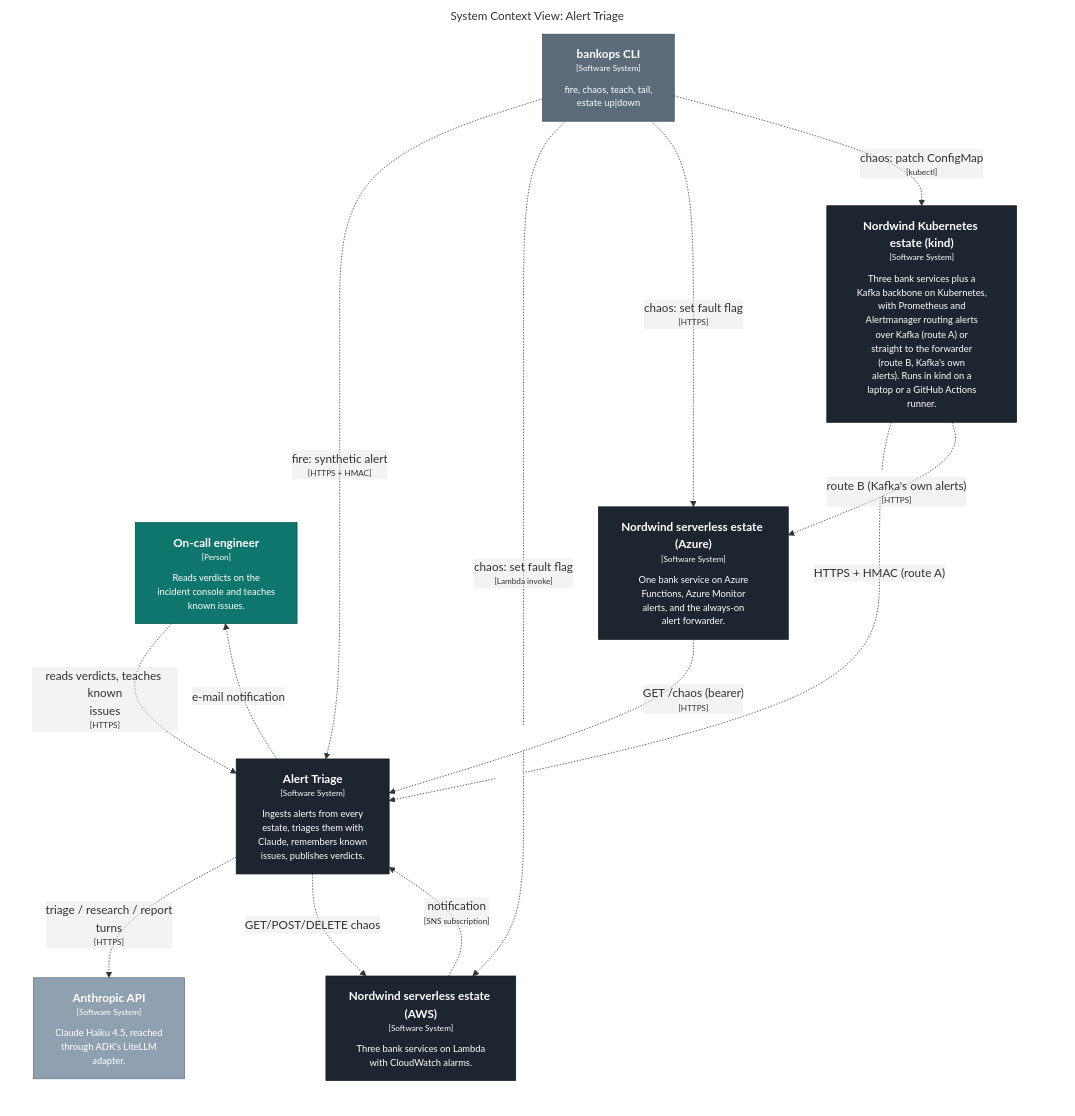
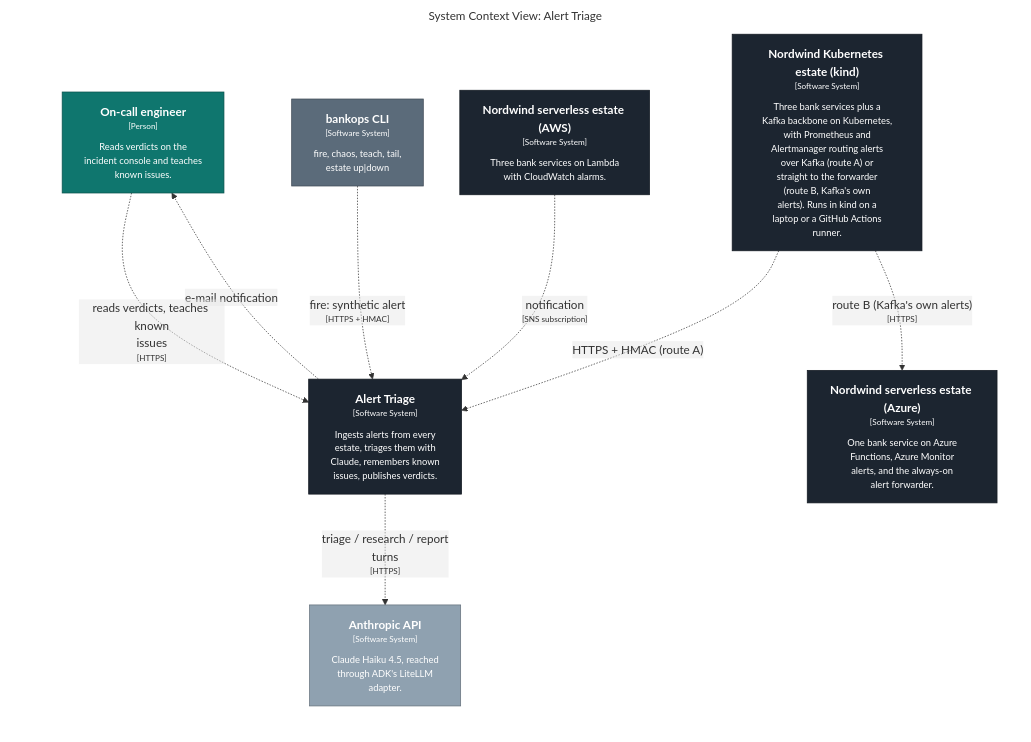
One commit to KucherenkoSerhiy/oncall-triage changed the diagram in docs/c4/generated/structurizr-context.mmd. Above: the diagram before and after it, drawn with Mermaid. The commit also changed 3 other files, not shown here.

```diff
--- a/docs/c4/generated/structurizr-context.mmd
+++ b/docs/c4/generated/structurizr-context.mmd
@@ -1,35 +1,30 @@
 graph LR
   linkStyle default fill:#ffffff
 
   subgraph diagram ["System Context View: Alert Triage"]
     style diagram fill:#ffffff,stroke:#ffffff
 
     1["<div style='font-weight: bold'>On-call engineer</div><div style='font-size: 70%; margin-top: 0px'>[Person]</div><div style='font-size: 80%; margin-top:10px'>Reads verdicts on the<br />incident console and teaches<br />known issues.</div>"]
     style 1 fill:#0f766e,stroke:#0a524d,color:#ffffff
     25["<div style='font-weight: bold'>Nordwind serverless estate (AWS)</div><div style='font-size: 70%; margin-top: 0px'>[Software System]</div><div style='font-size: 80%; margin-top:10px'>Three bank services on Lambda<br />with CloudWatch alarms.</div>"]
     style 25 fill:#1c2530,stroke:#131921,color:#ffffff
     3["<div style='font-weight: bold'>Anthropic API</div><div style='font-size: 70%; margin-top: 0px'>[Software System]</div><div style='font-size: 80%; margin-top:10px'>Claude Haiku 4.5, reached<br />through ADK's LiteLLM<br />adapter.</div>"]
     style 3 fill:#8fa1b0,stroke:#64707b,color:#ffffff
     32["<div style='font-weight: bold'>Nordwind serverless estate (Azure)</div><div style='font-size: 70%; margin-top: 0px'>[Software System]</div><div style='font-size: 80%; margin-top:10px'>One bank service on Azure<br />Functions, Azure Monitor<br />alerts, and the always-on<br />alert forwarder.</div>"]
     style 32 fill:#1c2530,stroke:#131921,color:#ffffff
     37["<div style='font-weight: bold'>Nordwind Kubernetes estate (kind)</div><div style='font-size: 70%; margin-top: 0px'>[Software System]</div><div style='font-size: 80%; margin-top:10px'>Three bank services plus a<br />Kafka backbone on Kubernetes,<br />with Prometheus and<br />Alertmanager routing alerts<br />over Kafka (route A) or<br />straight to the forwarder<br />(route B, Kafka's own<br />alerts). Runs in kind on a<br />laptop or a GitHub Actions<br />runner.</div>"]
     style 37 fill:#1c2530,stroke:#131921,color:#ffffff
     4["<div style='font-weight: bold'>bankops CLI</div><div style='font-size: 70%; margin-top: 0px'>[Software System]</div><div style='font-size: 80%; margin-top:10px'>fire, chaos, teach, tail,<br />estate up|down</div>"]
     style 4 fill:#5b6b7a,stroke:#3f4a55,color:#ffffff
     5["<div style='font-weight: bold'>Alert Triage</div><div style='font-size: 70%; margin-top: 0px'>[Software System]</div><div style='font-size: 80%; margin-top:10px'>Ingests alerts from every<br />estate, triages them with<br />Claude, remembers known<br />issues, publishes verdicts.</div>"]
     style 5 fill:#1c2530,stroke:#131921,color:#ffffff
 
     37-. "<div>HTTPS + HMAC (route A)</div><div style='font-size: 70%'></div>" .->5
     37-. "<div>route B (Kafka's own alerts)</div><div style='font-size: 70%'>[HTTPS]</div>" .->32
     5-. "<div>triage / research / report<br />turns</div><div style='font-size: 70%'>[HTTPS]</div>" .->3
     5-. "<div>e-mail notification</div><div style='font-size: 70%'></div>" .->1
     1-. "<div>reads verdicts, teaches known<br />issues</div><div style='font-size: 70%'>[HTTPS]</div>" .->5
     4-. "<div>fire: synthetic alert</div><div style='font-size: 70%'>[HTTPS + HMAC]</div>" .->5
-    4-. "<div>chaos: set fault flag</div><div style='font-size: 70%'>[Lambda invoke]</div>" .->25
-    4-. "<div>chaos: set fault flag</div><div style='font-size: 70%'>[HTTPS]</div>" .->32
-    4-. "<div>chaos: patch ConfigMap</div><div style='font-size: 70%'>[kubectl]</div>" .->37
     25-. "<div>notification</div><div style='font-size: 70%'>[SNS subscription]</div>" .->5
-    5-. "<div>GET/POST/DELETE chaos</div><div style='font-size: 70%'></div>" .->25
-    32-. "<div>GET /chaos (bearer)</div><div style='font-size: 70%'>[HTTPS]</div>" .->5
 
   end
```
